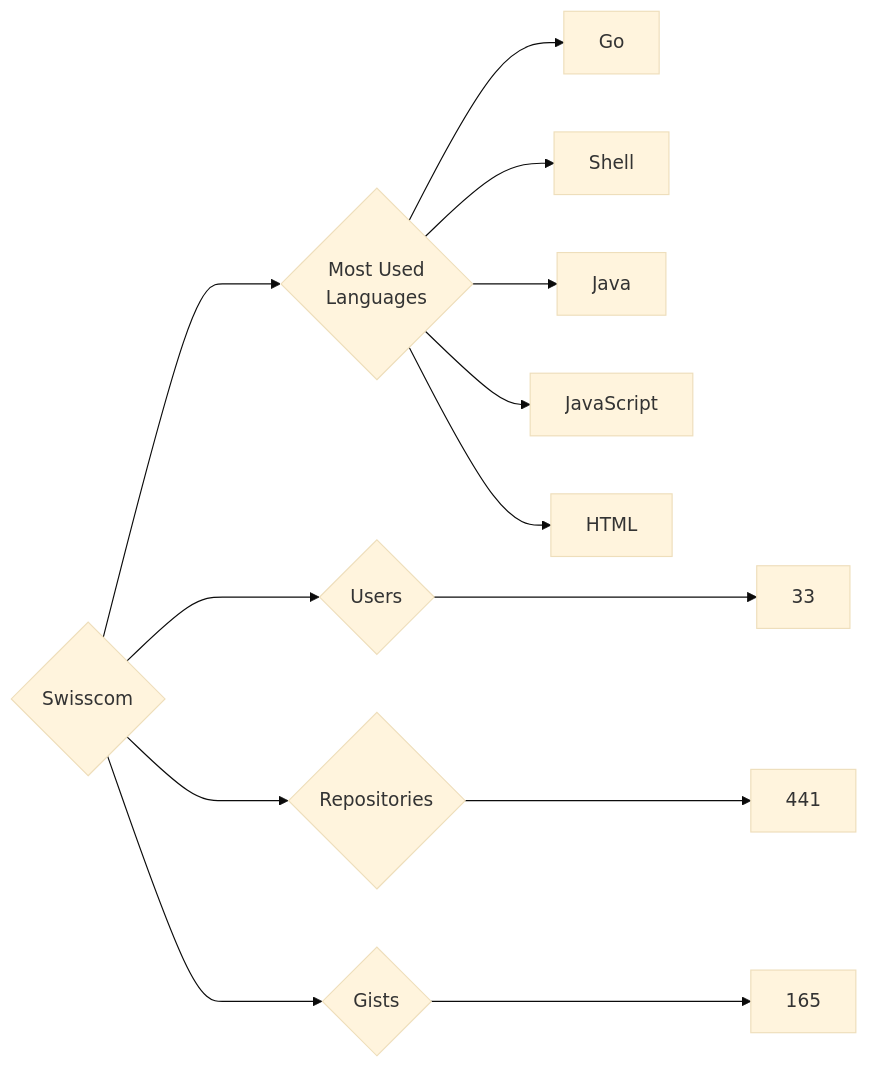
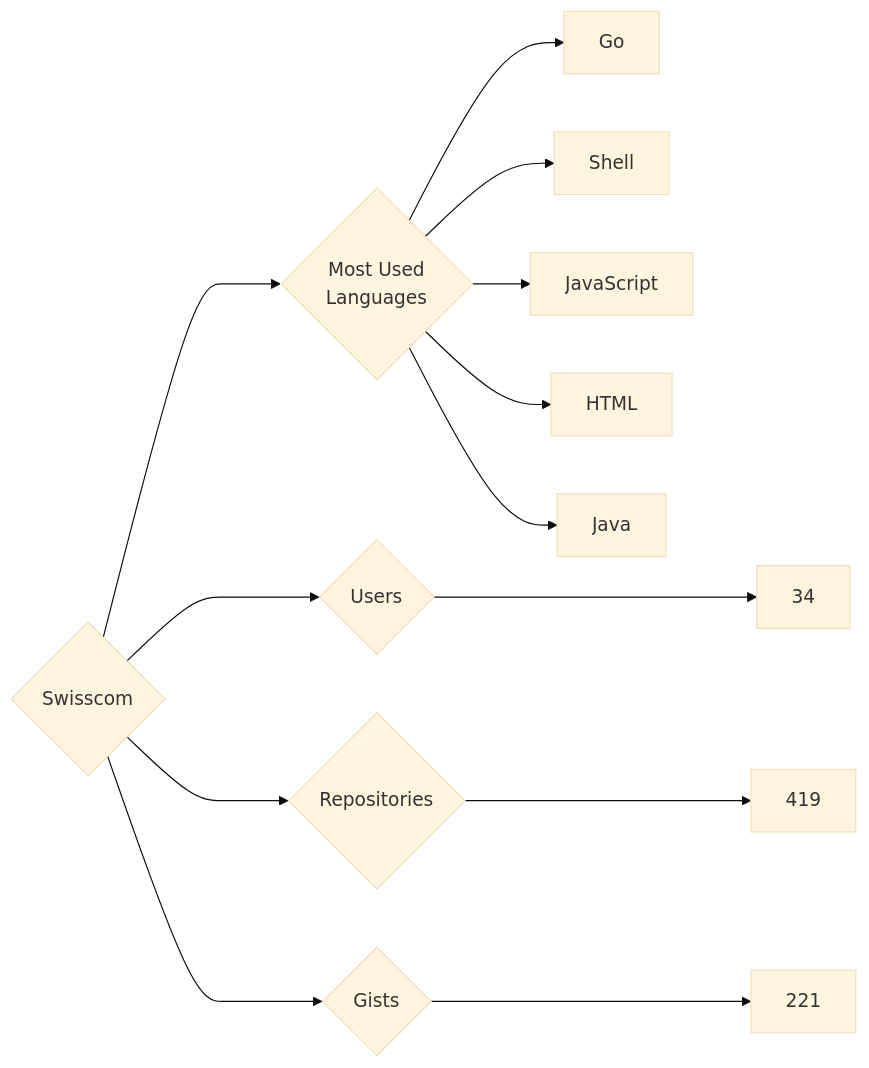
Before and after one commit to trickest/insiders: the diagram in targets/Swisscom/README.md, drawn with Mermaid (base theme). The commit also changed 976 other files, not shown here.

````diff
--- a/targets/Swisscom/README.md
+++ b/targets/Swisscom/README.md
@@ -3,13 +3,13 @@
 ```mermaid
 graph LR
 COMPANY_NAME{Swisscom}
-COMPANY_NAME ---> U{Users} ---> UN[33]
-COMPANY_NAME ---> R{Repositories} ---> RN[441]
-COMPANY_NAME ---> G{Gists} ---> GN[165]
+COMPANY_NAME ---> U{Users} ---> UN[34]
+COMPANY_NAME ---> R{Repositories} ---> RN[419]
+COMPANY_NAME ---> G{Gists} ---> GN[221]
 COMPANY_NAME ---> ML{Most Used<br>Languages}
 ML --> Go[Go]
 ML --> Shell[Shell]
-ML --> Java[Java]
 ML --> JavaScript[JavaScript]
 ML --> HTML[HTML]
+ML --> Java[Java]
 ```
````
